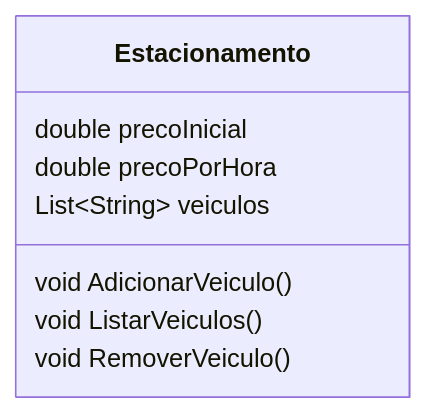
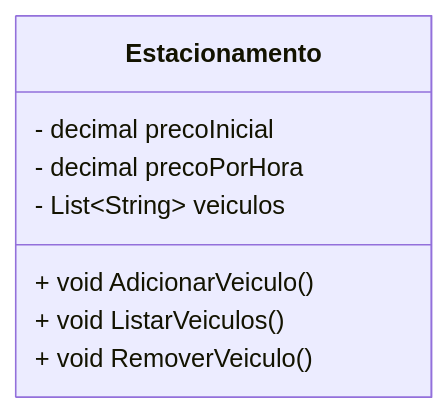
The diagram in README.md (GabrielGalacci/.NET-CSharp-Projeto-Fundamentos-DIO-BOOTCAMP-End-To-End-Engineering), drawn with Mermaid before and after one commit. The commit also changed 4 other files, not shown here.

Commit message:
Organizando a Estrutura do Projeto, Modificando Diagrama no README, e criando a classe Estacionamento

````diff
--- a/README.md
+++ b/README.md
@@ -10,12 +10,12 @@
 ```mermaid
 classDiagram
     class Estacionamento {
-        double precoInicial
-        double precoPorHora
-        List~String~ veiculos
+        - decimal precoInicial
+        - decimal precoPorHora
+        - List~String~ veiculos
 
-        void AdicionarVeiculo()
-        void ListarVeiculos()
-        void RemoverVeiculo()
+        + void AdicionarVeiculo()
+        + void ListarVeiculos()
+        + void RemoverVeiculo()
     }
 ```
````
